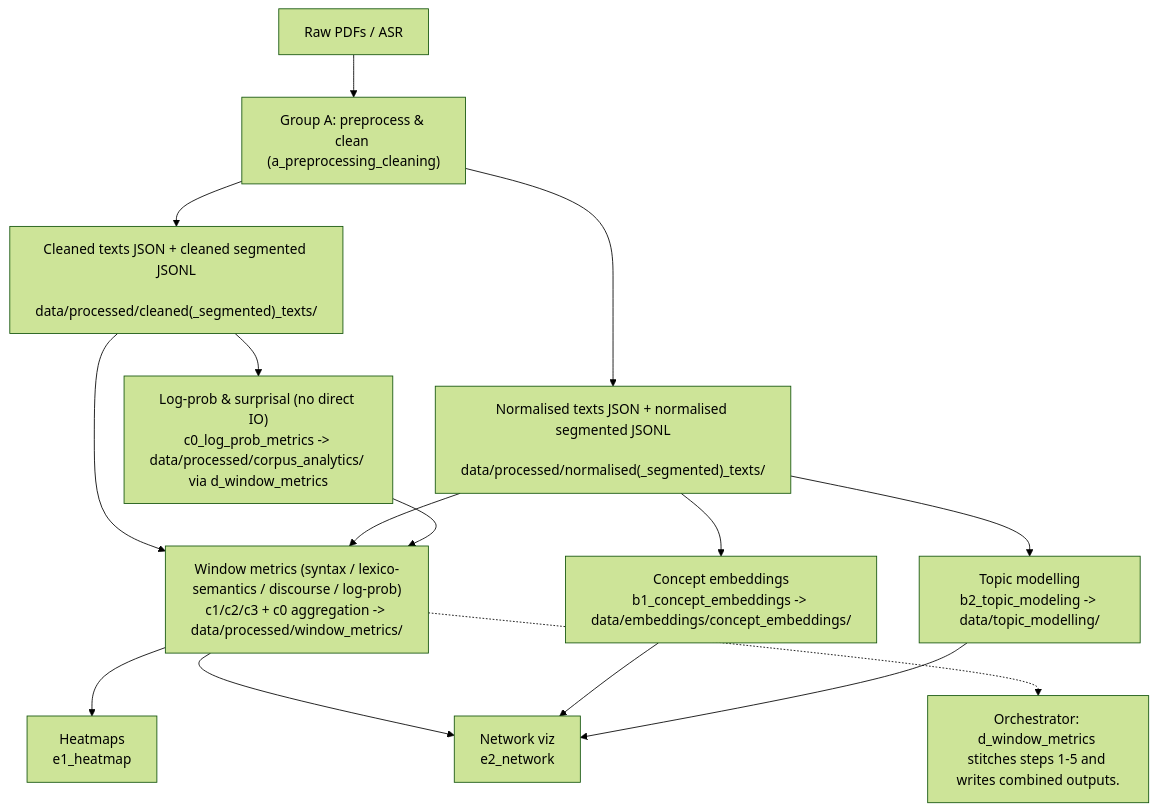
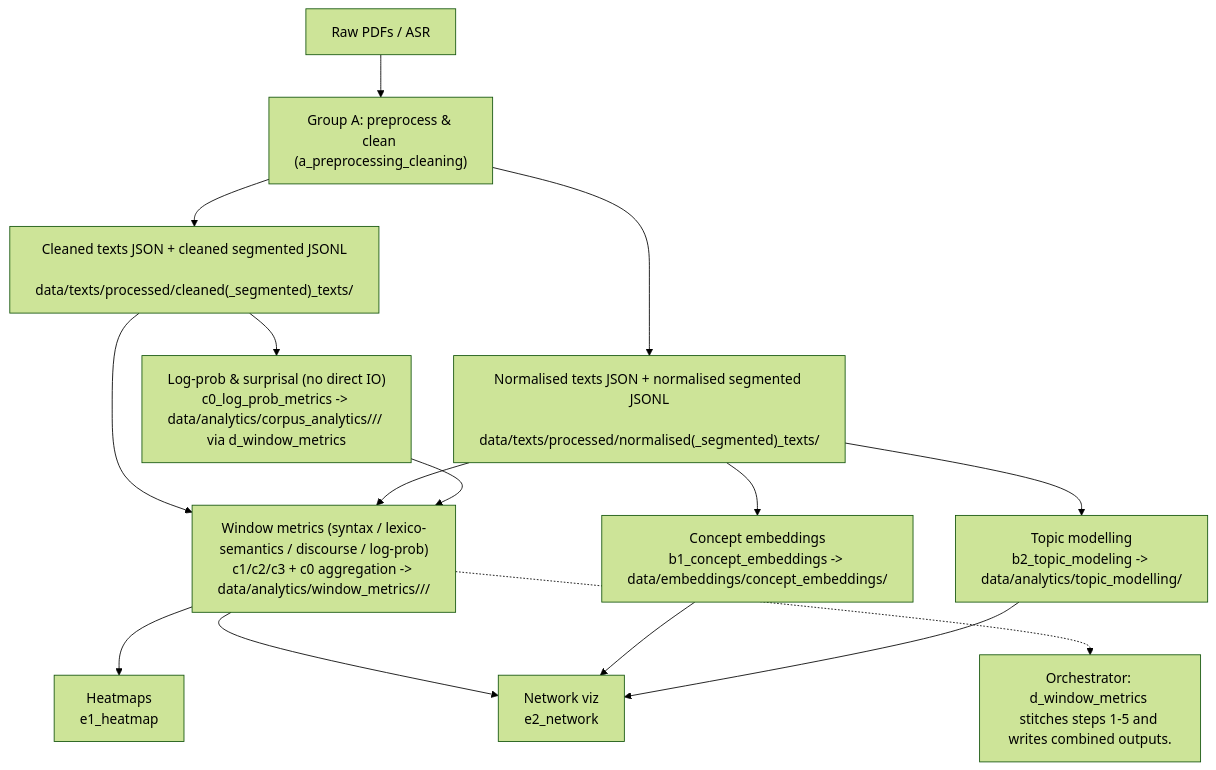
One commit to jeiwils/text_emphasis changed the diagram in README.md. Above: the diagram before and after it, drawn with Mermaid (forest theme). The commit also changed other lines of this file and 149 other files, not shown here.

````diff
--- a/README.md
+++ b/README.md
@@ -27,22 +27,22 @@
 ```mermaid
 flowchart TD
   raw[Raw PDFs / ASR] --> preprocess["Group A: preprocess & clean (a_preprocessing_cleaning)"]
-  preprocess --> cleaned["Cleaned texts JSON + cleaned segmented JSONL\n data/processed/cleaned(_segmented)_texts/"]
-  preprocess --> normalised["Normalised texts JSON + normalised segmented JSONL\n data/processed/normalised(_segmented)_texts/"]
+  preprocess --> cleaned["Cleaned texts JSON + cleaned segmented JSONL\n data/texts/processed/cleaned(_segmented)_texts/"]
+  preprocess --> normalised["Normalised texts JSON + normalised segmented JSONL\n data/texts/processed/normalised(_segmented)_texts/"]
 
   normalised --> embeddings["Concept embeddings\nb1_concept_embeddings -> data/embeddings/concept_embeddings/"]
-  normalised --> topics["Topic modelling\nb2_topic_modeling -> data/topic_modelling/"]
-  cleaned --> logprob["Log-prob & surprisal (no direct IO)\nc0_log_prob_metrics -> data/processed/corpus_analytics/ via d_window_metrics"]
+  normalised --> topics["Topic modelling\nb2_topic_modeling -> data/analytics/topic_modelling/"]
+  cleaned --> logprob["Log-prob & surprisal (no direct IO)\nc0_log_prob_metrics -> data/analytics/corpus_analytics/<category>/<name>/ via d_window_metrics"]
 
-  cleaned --> windowed["Window metrics (syntax / lexico-semantics / discourse / log-prob)\nc1/c2/c3 + c0 aggregation -> data/processed/window_metrics/"]
+  cleaned --> windowed["Window metrics (syntax / lexico-semantics / discourse / log-prob)\nc1/c2/c3 + c0 aggregation -> data/analytics/window_metrics/<category>/<name>/"]
   normalised --> windowed
   logprob --> windowed
 
   windowed --> heatmap["Heatmaps\n e1_heatmap"]
   windowed --> network["Network viz\n e2_network"]
   embeddings --> network
   topics --> network
 
   note["Orchestrator: d_window_metrics stitches steps 1-5 and writes combined outputs."]
   windowed -.-> note
 ```
````
